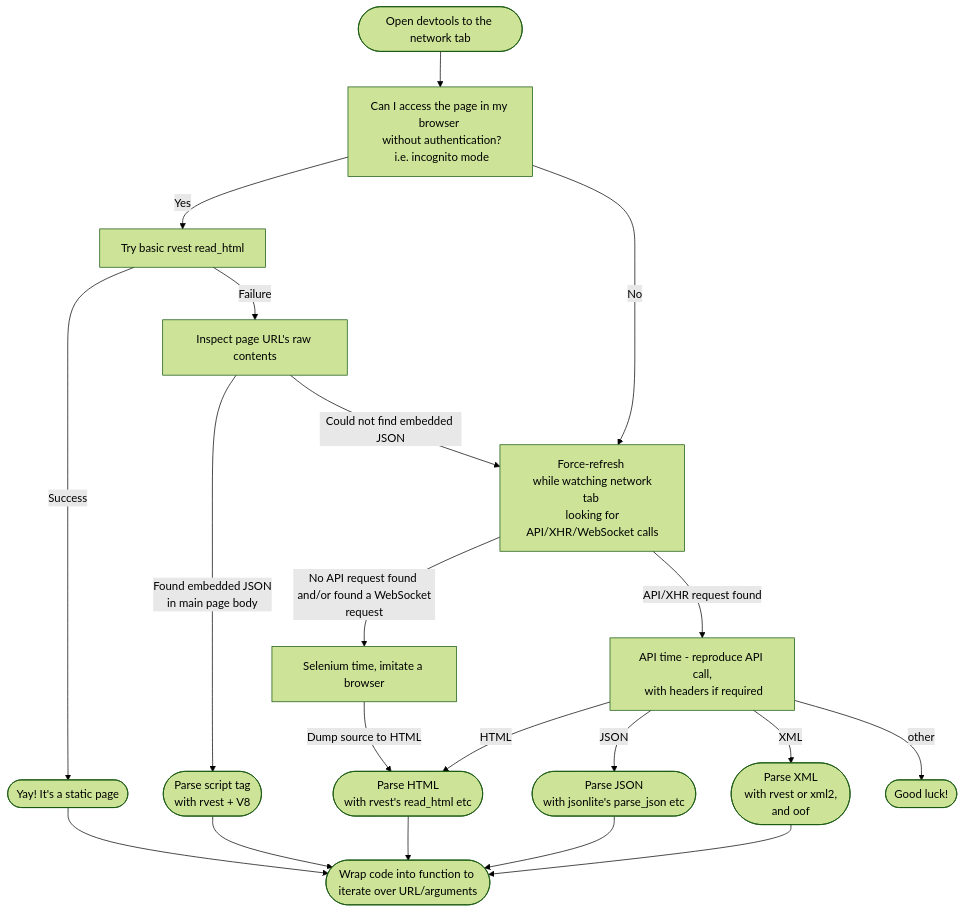
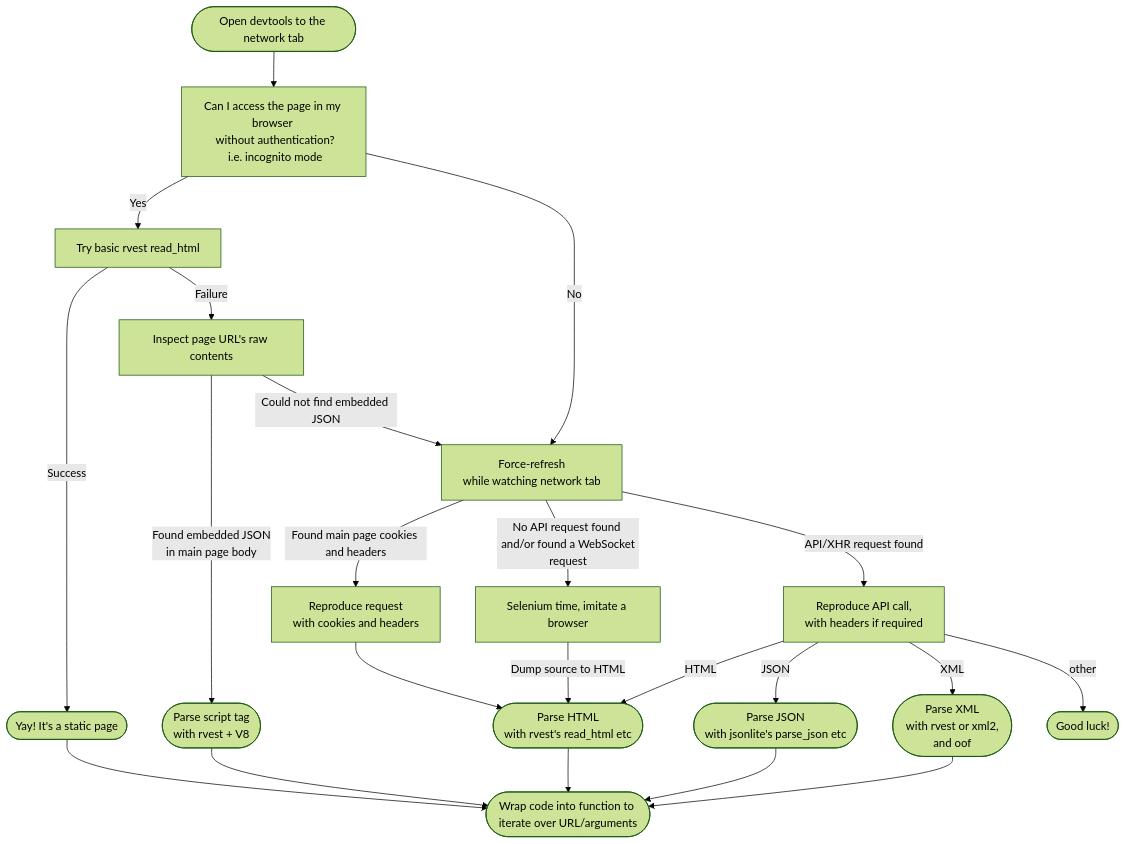
The diagram in 20210719-scraping/scraping.md (tanho63/tantorials), drawn with Mermaid (forest theme) before and after one commit.

````diff
--- a/20210719-scraping/scraping.md
+++ b/20210719-scraping/scraping.md
@@ -5,42 +5,46 @@
 ```mermaid
 flowchart TD
 
 1([Open devtools to the network tab])
 
 1-->A
 
 A[Can I access the page in my browser \n without authentication?\n i.e. incognito mode]
 
 A-->|Yes| B[Try basic rvest read_html]
 
 B-->|Success| C([Yay! It's a static page])
 
 B-->|Failure| D[Inspect page URL's raw contents]
 
 D-->|Found embedded JSON \nin main page body| E([Parse script tag \n with rvest + V8])
 
-D-->|Could not find embedded JSON| F[Force-refresh \n while watching network tab \n looking for API/XHR/WebSocket calls]
+D-->|Could not find embedded JSON| F[Force-refresh \n while watching network tab]
 
-F-->|API/XHR request found| G[API time - reproduce API call,\n with headers if required]
+F-->|Found main page cookies and headers| P[Reproduce request \n with cookies and headers]
+
+P--> K
+
+F-->|API/XHR request found| G[Reproduce API call,\n with headers if required]
 
 F-->|No API request found \n and/or found a WebSocket request| H[Selenium time, imitate a browser]
 
 H-->|Dump source to HTML| K
 
 G-->|HTML| K([Parse HTML \n with rvest's read_html etc])
 
 G-->|JSON| J([Parse JSON \n with jsonlite's parse_json etc])
 
 G-->|XML| L([Parse XML \n with rvest or xml2,\n and oof])
 
 A-->|No| F
 
 N([Wrap code into function to iterate over URL/arguments])
 
 C --> N
 E --> N
 K--> N
 J --> N
 L --> N
 G-->|other| M([Good luck!])
 ```
````
